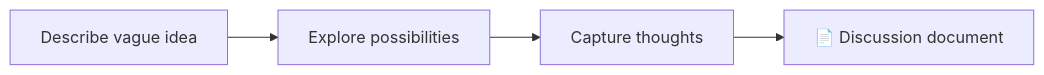
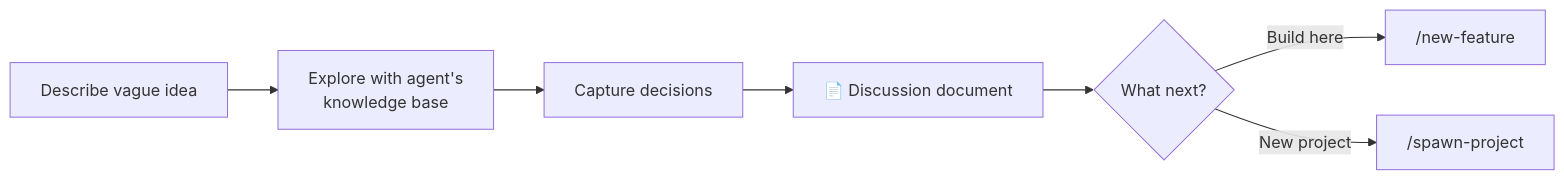
The third of 14 diagrams in README.md (Squared-Lemons/Squared-Agent), drawn with Mermaid before and after one commit. The commit also changed other lines of this file and 38 other files, not shown here.

````diff
--- a/README.md
+++ b/README.md
@@ -109,6 +179,9 @@
 ```mermaid
 flowchart LR
-    A["Describe vague idea"] --> B["Explore possibilities"]
-    B --> C["Capture thoughts"]
+    A["Describe vague idea"] --> B["Explore with agent's\nknowledge base"]
+    B --> C["Capture decisions"]
     C --> D["📄 Discussion document"]
+    D --> E{What next?}
+    E -->|"Build here"| F["/new-feature"]
+    E -->|"New project"| G["/spawn-project"]
 ```
````
